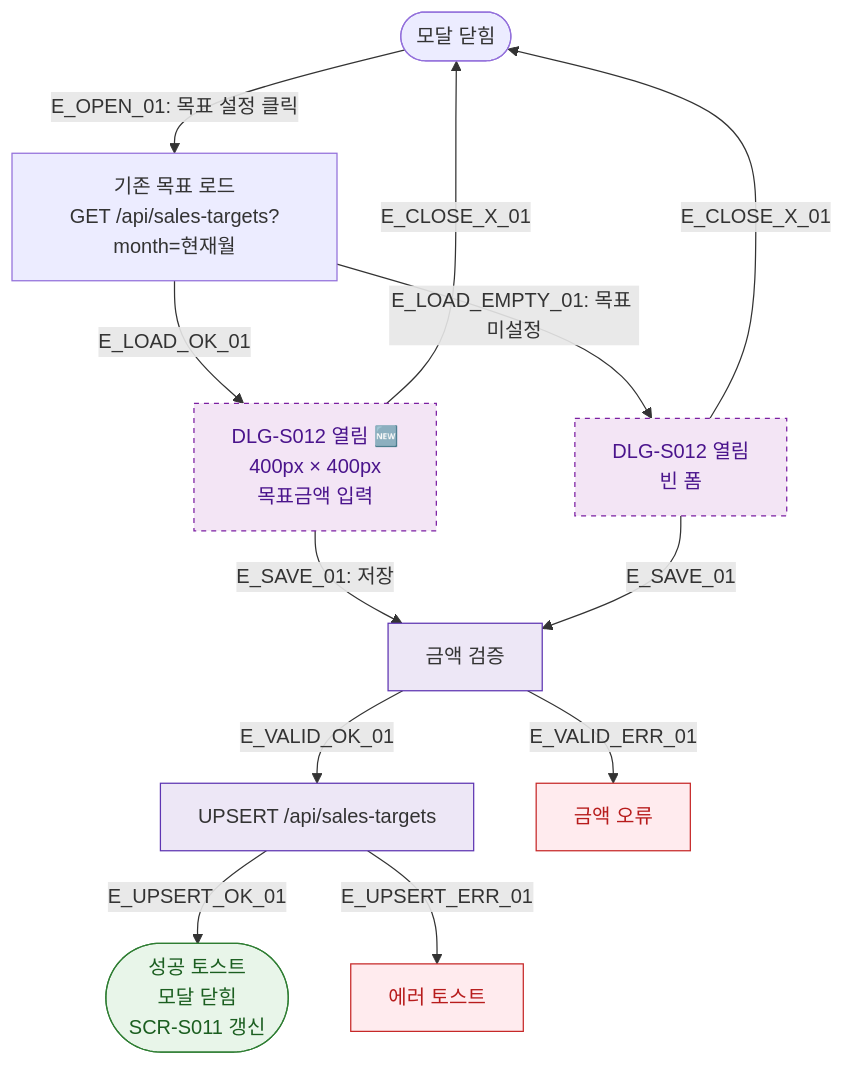
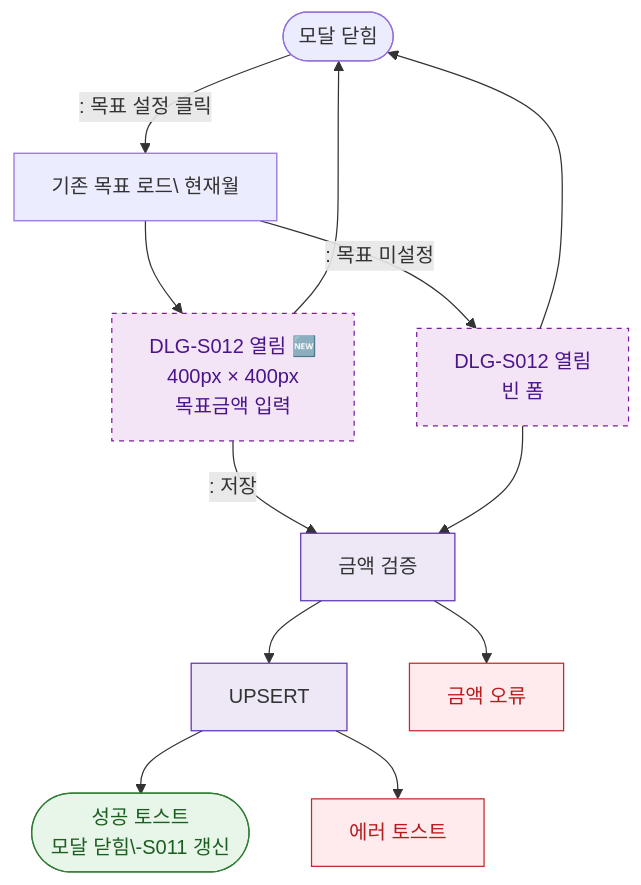
One commit to dev-spogym/admin-pando changed the diagram in docs/다이어그램/D03_매출관리/DLG-S012_목표매출설정/M1_모달생명주기.md. Above: the diagram before and after it, drawn with Mermaid. The commit also changed other lines of this file and 1660 other files, not shown here.

First line of the commit message:
다이어그램: 기획자/클라이언트 납품본으로 정리

````diff
--- a/docs/다이어그램/D03_매출관리/DLG-S012_목표매출설정/M1_모달생명주기.md
+++ b/docs/다이어그램/D03_매출관리/DLG-S012_목표매출설정/M1_모달생명주기.md
@@ -20,27 +18,27 @@
 ```mermaid
 flowchart TD
-    CLOSED([모달 닫힘]) -->|"E_OPEN_01: 목표 설정 클릭"| LOAD[기존 목표 로드\nGET /api/sales-targets?month=현재월]
-    LOAD -->|E_LOAD_OK_01| OPEN[DLG-S012 열림 🆕\n400px × 400px\n목표금액 입력]
-    LOAD -->|"E_LOAD_EMPTY_01: 목표 미설정"| OPEN_EMPTY[DLG-S012 열림\n빈 폼]
+    CLOSED([모달 닫힘]) -->|": 목표 설정 클릭"|LOAD[기존 목표 로드\ 현재월]
+    LOAD --> OPEN[DLG-S012 열림 🆕\n400px × 400px\n목표금액 입력]
+    LOAD -->|": 목표 미설정"|OPEN_EMPTY[DLG-S012 열림\n빈 폼]
 
-    OPEN -->|"E_SAVE_01: 저장"| VALIDATE[금액 검증]
-    OPEN_EMPTY -->|E_SAVE_01| VALIDATE
-    OPEN -->|E_CLOSE_X_01| CLOSED
-    OPEN_EMPTY -->|E_CLOSE_X_01| CLOSED
+    OPEN -->|": 저장"|VALIDATE[금액 검증]
+    OPEN_EMPTY --> VALIDATE
+    OPEN --> CLOSED
+    OPEN_EMPTY --> CLOSED
 
-    VALIDATE -->|E_VALID_OK_01| UPSERT[UPSERT /api/sales-targets]
-    VALIDATE -->|E_VALID_ERR_01| ERR[금액 오류]
+    VALIDATE --> UPSERT[UPSERT]
+    VALIDATE --> ERR[금액 오류]
 
-    UPSERT -->|E_UPSERT_OK_01| SUCCESS([성공 토스트\n모달 닫힘\nSCR-S011 갱신])
-    UPSERT -->|E_UPSERT_ERR_01| ERR_TOAST[에러 토스트]
+    UPSERT --> SUCCESS([성공 토스트\n모달 닫힘\-S011 갱신])
+    UPSERT --> ERR_TOAST[에러 토스트]
 
     classDef newFeature fill:#F3E5F5,stroke:#7B1FA2,color:#4A148C,stroke-dasharray:4 4
     classDef system fill:#EDE7F6,stroke:#5E35B2
     classDef success fill:#E8F5E9,stroke:#2E7D32,color:#1B5E20
     classDef error fill:#FFEBEE,stroke:#C62828,color:#B71C1C
 
     class OPEN,OPEN_EMPTY newFeature
     class VALIDATE,UPSERT system
     class SUCCESS success
     class ERR,ERR_TOAST error
 ```
````
